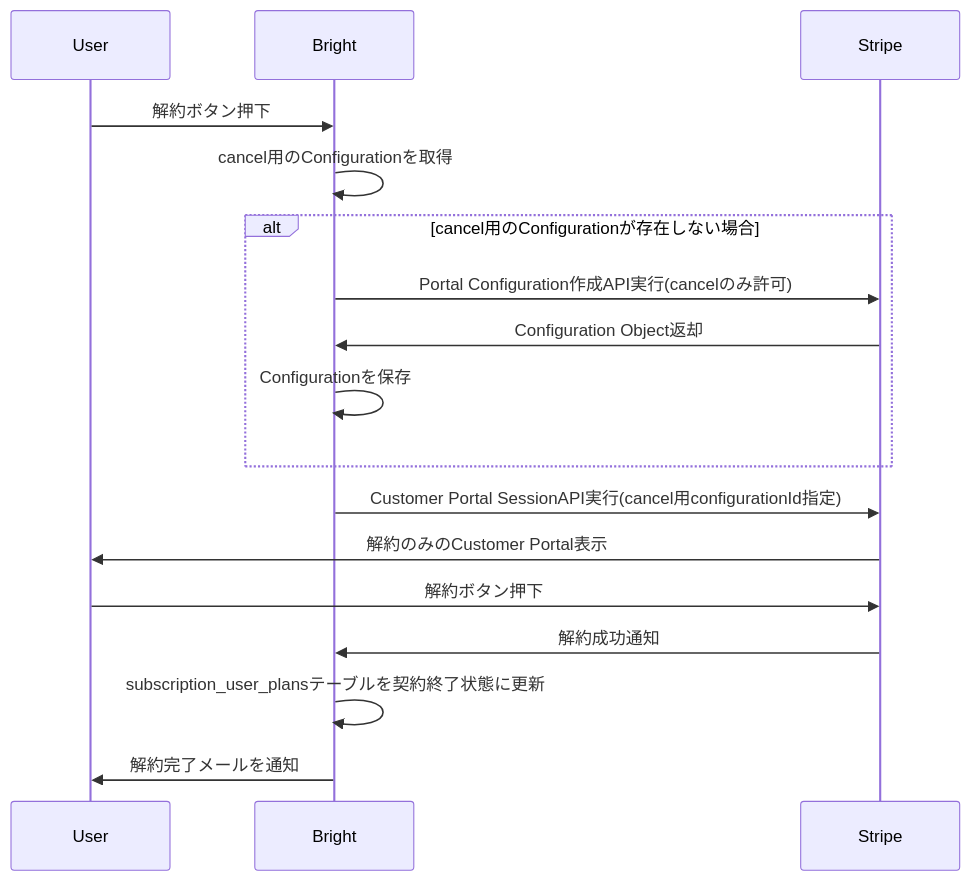
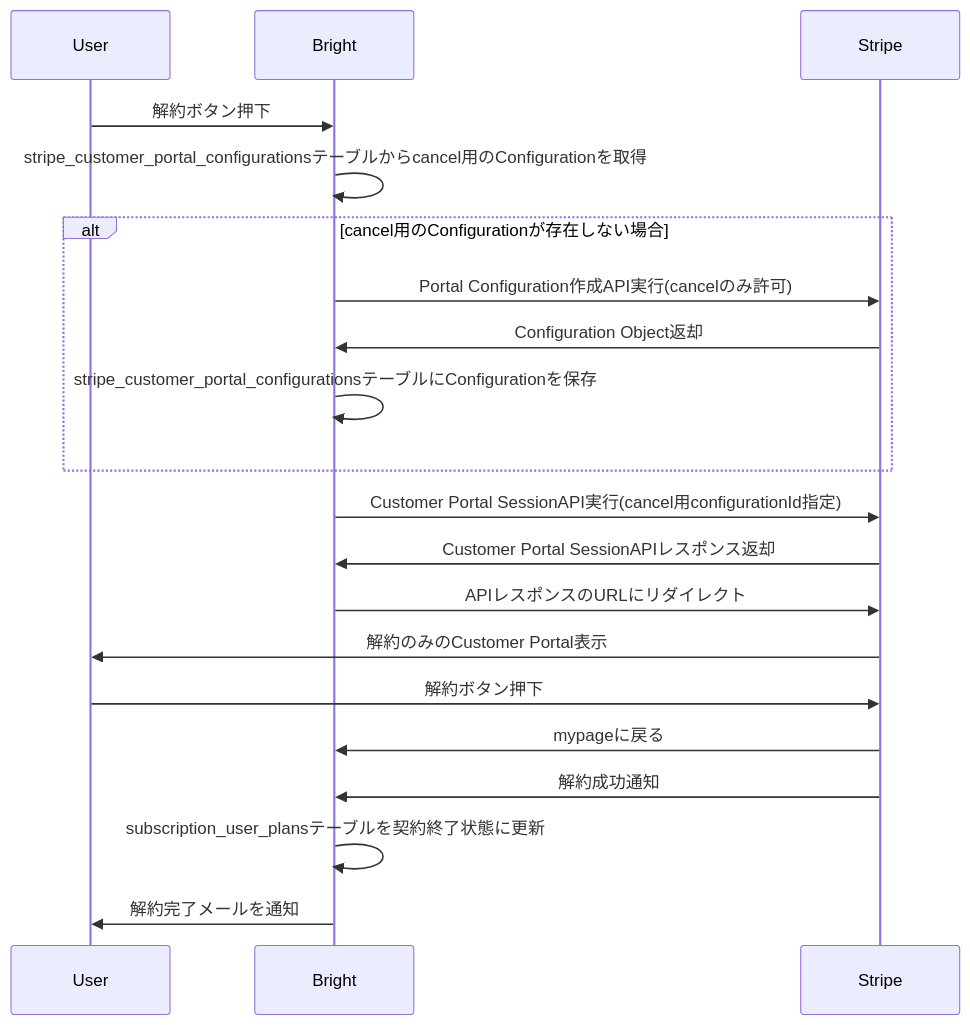
The sixth of 11 diagrams in docs/logics/subscription.md (bright-org/bright), drawn with Mermaid before and after one commit. The commit also changed other lines of this file, not shown here.

Commit message:
決済関連の設計ドキュメント作成 - シーケンス図の修正

````diff
--- a/docs/logics/subscription.md
+++ b/docs/logics/subscription.md
@@ -135,22 +147,25 @@
 ```mermaid
 sequenceDiagram
     participant User
     participant Bright
     participant Stripe
 
     User ->> Bright: 解約ボタン押下
-    Bright ->> Bright: cancel用のConfigurationを取得
+    Bright ->> Bright: stripe_customer_portal_configurationsテーブルからcancel用のConfigurationを取得
     alt cancel用のConfigurationが存在しない場合
         Bright ->> Stripe: Portal Configuration作成API実行(cancelのみ許可)
         Stripe ->> Bright: Configuration Object返却
-        Bright ->> Bright: Configurationを保存
+        Bright ->> Bright: stripe_customer_portal_configurationsテーブルにConfigurationを保存
     end
 
     Bright ->> Stripe: Customer Portal SessionAPI実行(cancel用configurationId指定)
+    Stripe ->> Bright: Customer Portal SessionAPIレスポンス返却
+    Bright ->> Stripe: APIレスポンスのURLにリダイレクト
     Stripe ->> User: 解約のみのCustomer Portal表示
     User ->> Stripe: 解約ボタン押下
+    Stripe ->> Bright: mypageに戻る
     Stripe ->> Bright: 解約成功通知
 
     Bright ->> Bright: subscription_user_plansテーブルを契約終了状態に更新
     Bright ->> User: 解約完了メールを通知
 ```
````
